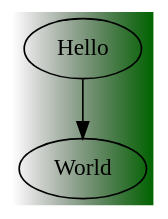
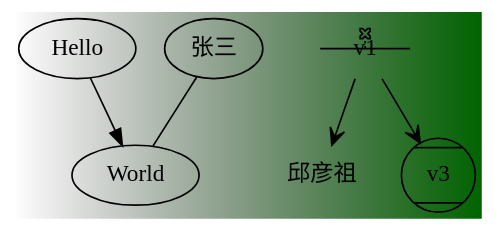
The diagram in examples/hello.dot (Qiu-Weidong/vscode-graphviz-extension), drawn with Graphviz before and after one commit. The commit also changed 2 other files, not shown here.

```diff
--- a/examples/hello.dot
+++ b/examples/hello.dot
@@ -1,9 +1,21 @@
 
 
 
 
 digraph G{
 
   Hello -> World ;
-  bgcolor="transparent:darkgreen:crimson";
+  bgcolor="transparent:darkgreen:crimson:transparent";
+
+  v1 [shape=ribosite] ;
+  v2 [shape=plaintext, label="邱彦祖"];
+  v1 -> v2 [arrowhead=vee];
+  v1 -> v3 [arrowhead=open];
+  "张三" -> "World" [dir=none];
+  v3 [shape=Mcircle];
+
+  charset = "utf-8";
+
+  subgraph cluster_0 {
+  }
 }
```
